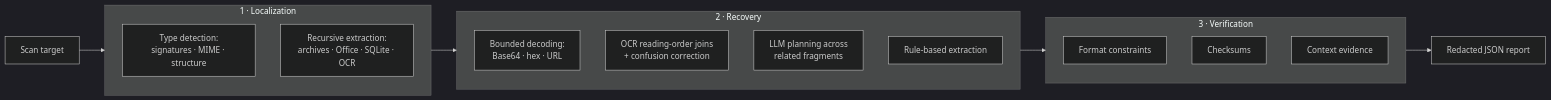
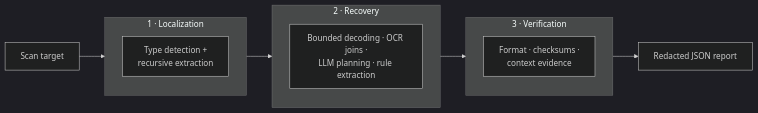
The diagram in README.md (Aiid22/DIVIDE), drawn with Mermaid (dark theme) before and after one commit. The commit also changed other lines of this file, not shown here.

````diff
--- a/README.md
+++ b/README.md
@@ -41,22 +38,16 @@
 ```mermaid
 flowchart LR
     T[Scan target] --> L
     subgraph L[1 · Localization]
-        L1[Type detection:<br/>signatures · MIME · structure]
-        L2[Recursive extraction:<br/>archives · Office · SQLite · OCR]
+        L1[Type detection +<br/>recursive extraction]
     end
     L --> R
     subgraph R[2 · Recovery]
-        R1[Bounded decoding:<br/>Base64 · hex · URL]
-        R2[OCR reading-order joins<br/>+ confusion correction]
-        R3[LLM planning across<br/>related fragments]
-        R4[Rule-based extraction]
+        R1[Bounded decoding · OCR joins ·<br/>LLM planning · rule extraction]
     end
     R --> V
     subgraph V[3 · Verification]
-        V1[Format constraints]
-        V2[Checksums]
-        V3[Context evidence]
+        V1[Format · checksums ·<br/>context evidence]
     end
     V --> F[Redacted JSON report]
 ```
````
